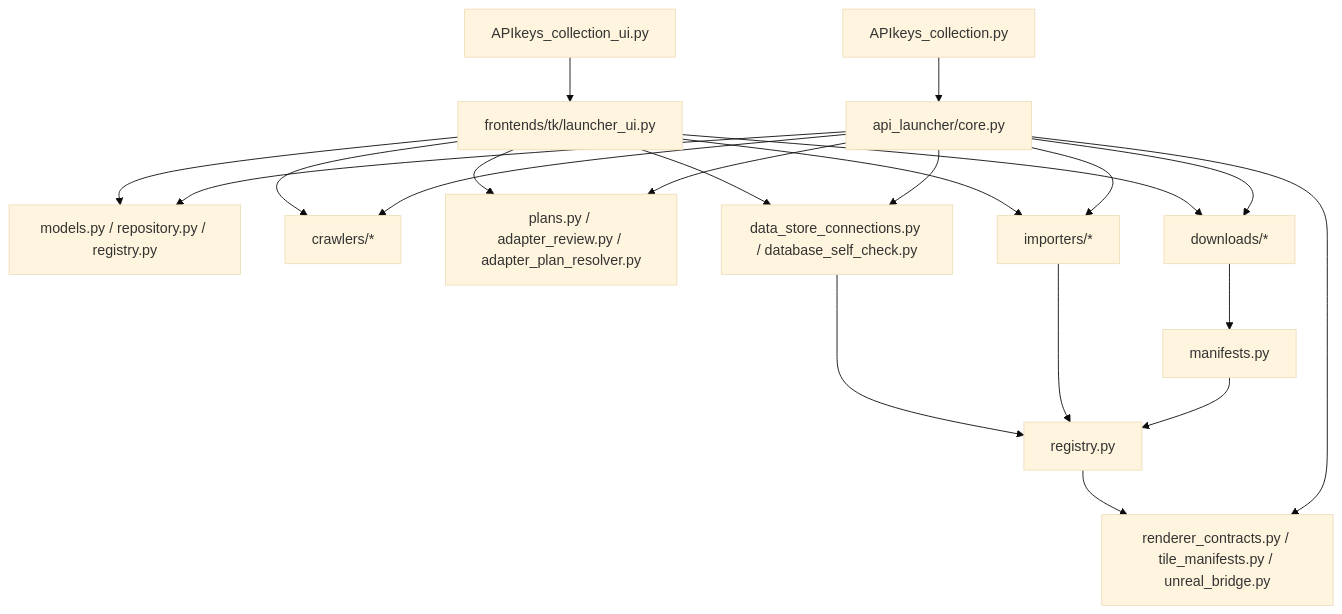
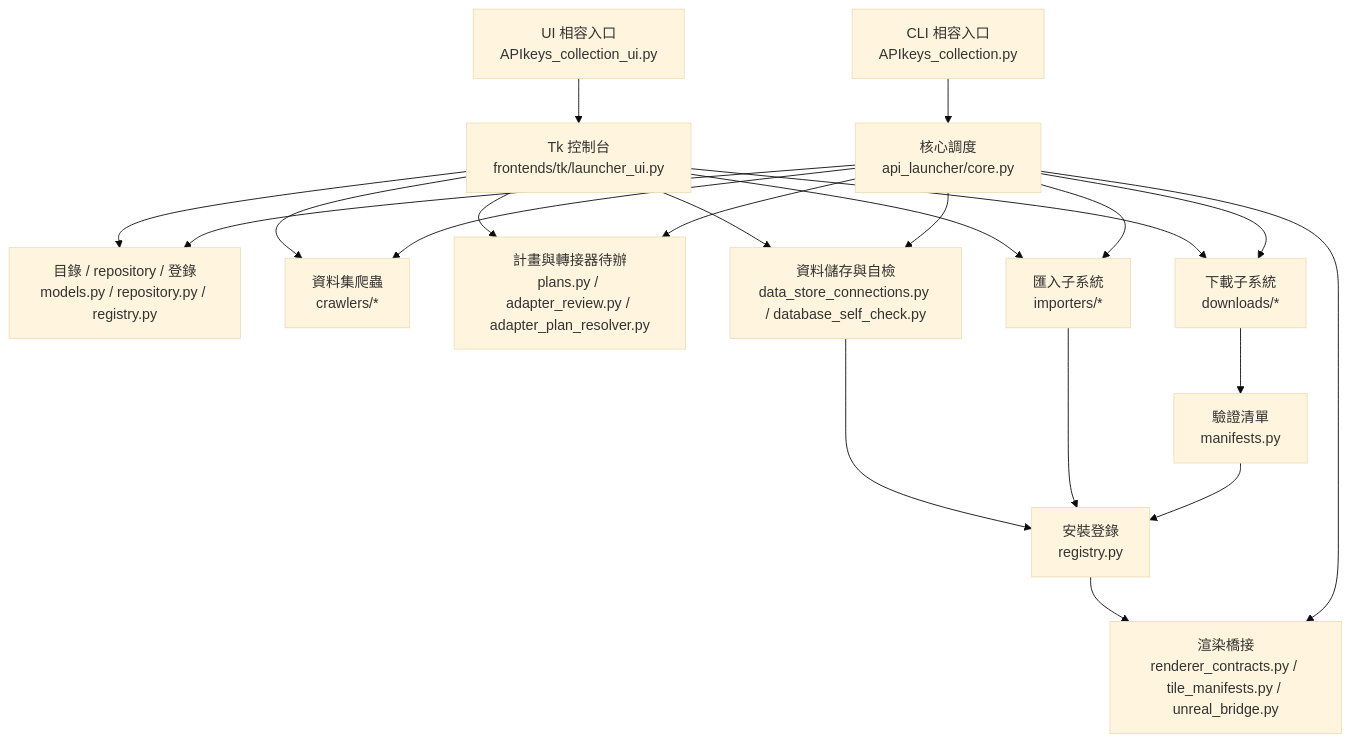
Before and after one commit to YanAnnLu/APIkeys_collection: the third of 3 diagrams in docs/ARCHITECTURE.zh-TW.md, drawn with Mermaid (base theme). The commit also changed other lines of this file and 17 other files, not shown here.

````diff
--- a/docs/ARCHITECTURE.zh-TW.md
+++ b/docs/ARCHITECTURE.zh-TW.md
@@ -95,26 +95,26 @@
 ```mermaid
 flowchart TD
-    RootCLI["APIkeys_collection.py"] --> Core["api_launcher/core.py"]
-    RootUI["APIkeys_collection_ui.py"] --> TkUI["frontends/tk/launcher_ui.py"]
+    RootCLI["CLI 相容入口<br/>APIkeys_collection.py"] --> Core["核心調度<br/>api_launcher/core.py"]
+    RootUI["UI 相容入口<br/>APIkeys_collection_ui.py"] --> TkUI["Tk 控制台<br/>frontends/tk/launcher_ui.py"]
 
-    Core --> Catalog["models.py / repository.py / registry.py"]
-    Core --> Crawler["crawlers/*"]
-    Core --> Plans["plans.py / adapter_review.py / adapter_plan_resolver.py"]
-    Core --> Downloads["downloads/*"]
-    Core --> Importers["importers/*"]
-    Core --> DataStore["data_store_connections.py / database_self_check.py"]
-    Core --> Renderer["renderer_contracts.py / tile_manifests.py / unreal_bridge.py"]
+    Core --> Catalog["目錄 / repository / 登錄<br/>models.py / repository.py / registry.py"]
+    Core --> Crawler["資料集爬蟲<br/>crawlers/*"]
+    Core --> Plans["計畫與轉接器待辦<br/>plans.py / adapter_review.py / adapter_plan_resolver.py"]
+    Core --> Downloads["下載子系統<br/>downloads/*"]
+    Core --> Importers["匯入子系統<br/>importers/*"]
+    Core --> DataStore["資料儲存與自檢<br/>data_store_connections.py / database_self_check.py"]
+    Core --> Renderer["渲染橋接<br/>renderer_contracts.py / tile_manifests.py / unreal_bridge.py"]
 
     TkUI --> Catalog
     TkUI --> Crawler
     TkUI --> Plans
     TkUI --> Downloads
     TkUI --> Importers
     TkUI --> DataStore
 
-    Downloads --> Manifests["manifests.py"]
-    Manifests --> Registry["registry.py"]
+    Downloads --> Manifests["驗證清單<br/>manifests.py"]
+    Manifests --> Registry["安裝登錄<br/>registry.py"]
     Importers --> Registry
     DataStore --> Registry
     Registry --> Renderer
 ```
````
